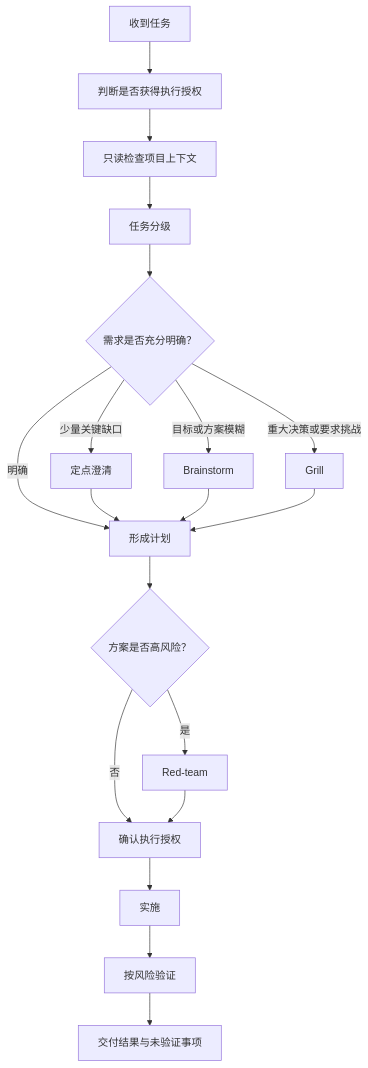
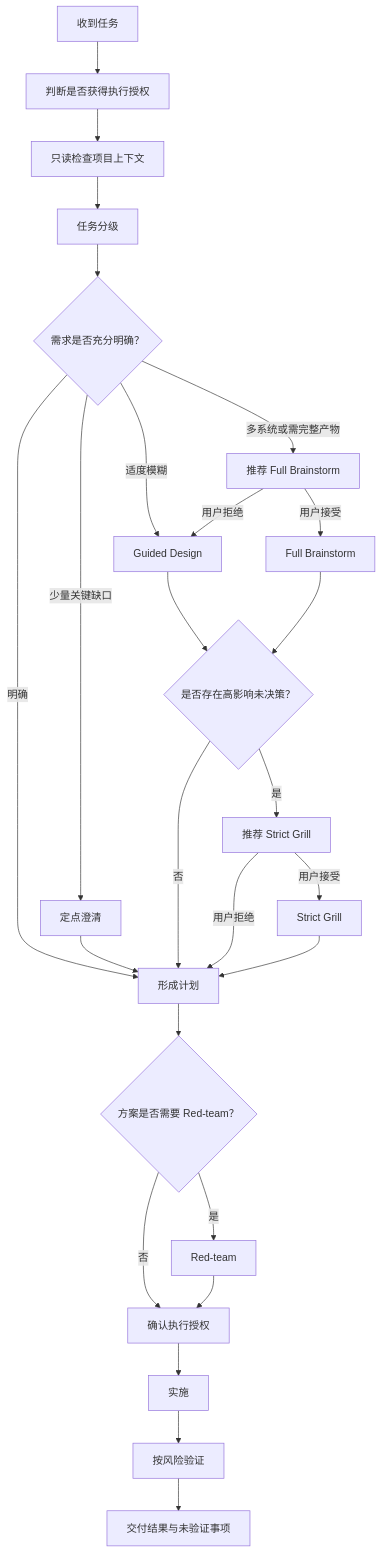
Before and after one commit to Liao-elevens/Liao_SKILLS: the diagram in skills/reliable-task-execution/references/usage/使用说明.md, drawn with Mermaid. The commit also changed other lines of this file and 16 other files, not shown here.

````diff
--- a/skills/reliable-task-execution/references/usage/使用说明.md
+++ b/skills/reliable-task-execution/references/usage/使用说明.md
@@ -46,21 +46,28 @@
 ```mermaid
 flowchart TD
     A["收到任务"] --> B["判断是否获得执行授权"]
     B --> C["只读检查项目上下文"]
     C --> D["任务分级"]
     D --> E{"需求是否充分明确？"}
-    E -->|"明确"| I["形成计划"]
+    E -->|"明确"| N["形成计划"]
     E -->|"少量关键缺口"| F["定点澄清"]
-    E -->|"目标或方案模糊"| G["Brainstorm"]
-    E -->|"重大决策或要求挑战"| H["Grill"]
-    F --> I
-    G --> I
-    H --> I
-    I --> J{"方案是否高风险？"}
-    J -->|"是"| K["Red-team"]
-    J -->|"否"| L["确认执行授权"]
-    K --> L
-    L --> M["实施"]
-    M --> N["按风险验证"]
-    N --> O["交付结果与未验证事项"]
+    E -->|"适度模糊"| G["Guided Design"]
+    E -->|"多系统或需完整产物"| H["推荐 Full Brainstorm"]
+    F --> N
+    G --> I{"是否存在高影响未决策？"}
+    H -->|"用户接受"| J["Full Brainstorm"]
+    H -->|"用户拒绝"| G
+    J --> I
+    I -->|"是"| K["推荐 Strict Grill"]
+    I -->|"否"| N
+    K -->|"用户接受"| L["Strict Grill"]
+    K -->|"用户拒绝"| N
+    L --> N
+    N --> O{"方案是否需要 Red-team？"}
+    O -->|"是"| P["Red-team"]
+    O -->|"否"| Q["确认执行授权"]
+    P --> Q
+    Q --> R["实施"]
+    R --> S["按风险验证"]
+    S --> T["交付结果与未验证事项"]
 ```
````
